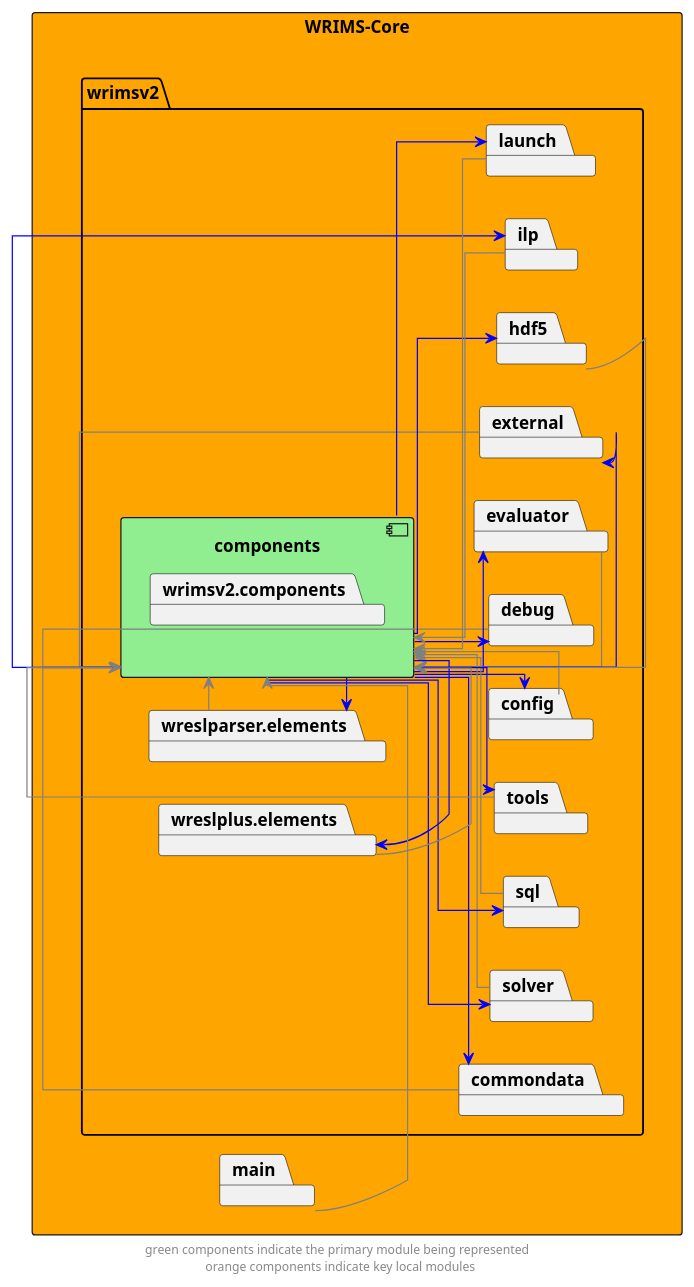
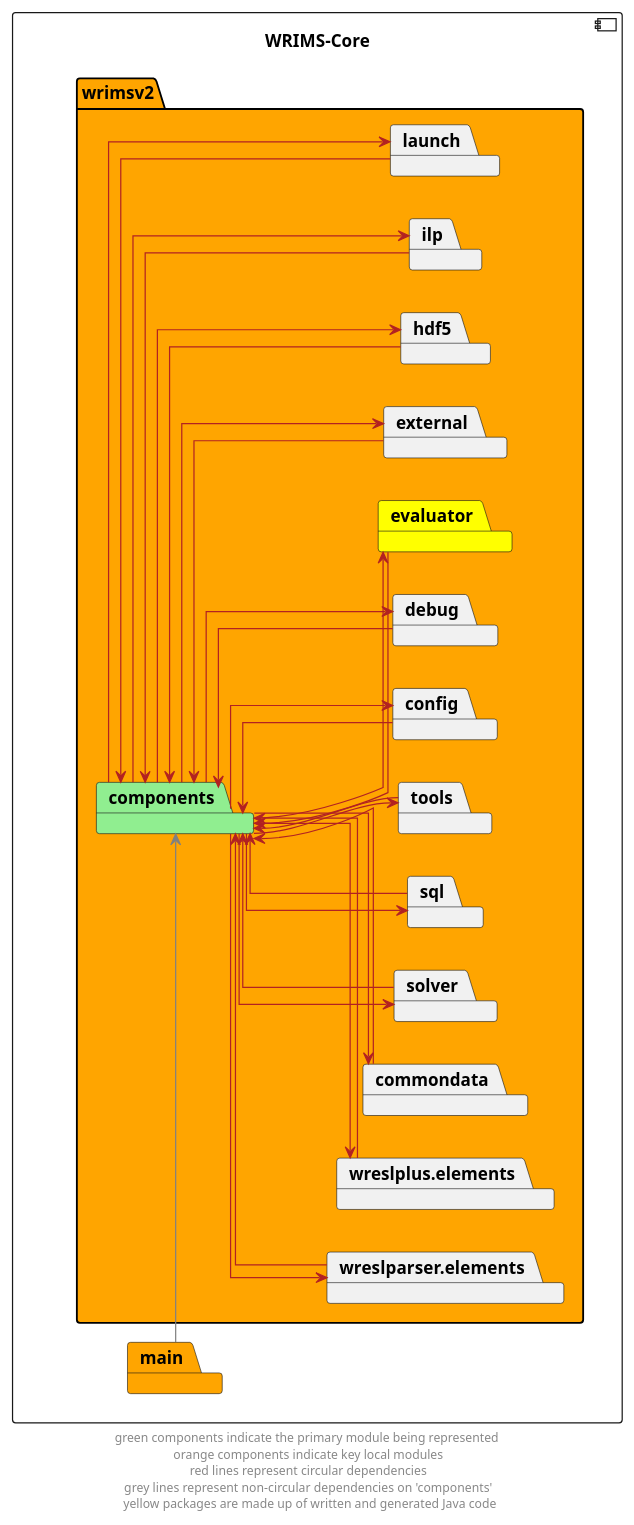
Before and after one commit to CentralValleyModeling/wrims: the diagram in docs/diagrams/wrims-core/wrims-core_components.puml, drawn with PlantUML. The commit also changed 63 other files, not shown here.

First line of the commit message:
Updated diagrams for improved consistency and legibility (#226)

```diff
--- a/docs/diagrams/wrims-core/wrims-core_components.puml
+++ b/docs/diagrams/wrims-core/wrims-core_components.puml
@@ -1,77 +1,75 @@
 @startuml
 left to right direction
 skinparam linetype ortho
-rectangle wrims_core as "WRIMS-Core" #orange {
-    package wrimsv2 {
-        component components #lightgreen {
-            package wrimsv2.components
-        }
+component wrims_core as "WRIMS-Core" {
+    package wrimsv2  #orange{
+        package components #lightgreen
         package commondata
         package wreslparser.elements
         package wreslplus.elements
         package solver
         package sql
         package tools
         package config
         package debug
-        package evaluator
+        package evaluator #yellow
         package external
         package hdf5
         package ilp
         package launch
     }
-package main
+package main #orange
 }
 
-components --> commondata #blue
-commondata --> components #grey
+components --> commondata #firebrick
+commondata --> components #firebrick
 
-components --> config #blue
-config --> components #grey
+components --> config #firebrick
+config --> components #firebrick
 
-components --> debug #blue
-debug --> components #grey
+components --> debug #firebrick
+debug --> components #firebrick
 
-components --> evaluator #blue
-evaluator --> components #grey
+components --> evaluator #firebrick
+evaluator --> components #firebrick
 
-components --> external #blue
-external --> components #grey
+components --> external #firebrick
+external --> components #firebrick
 
-components --> hdf5 #blue
-hdf5 --> components #grey
+components --> hdf5 #firebrick
+hdf5 --> components #firebrick
 
-components --> ilp #blue
-ilp --> components #grey
+components --> ilp #firebrick
+ilp --> components #firebrick
 
-components --> launch #blue
-launch --> components #grey
+components --> launch #firebrick
+launch --> components #firebrick
 
-components --> solver #blue
-solver --> components #grey
+components --> solver #firebrick
+solver --> components #firebrick
 
-components --> sql #blue
-sql --> components #grey
+components --> sql #firebrick
+sql --> components #firebrick
 
-components --> tools #blue
-tools --> components #grey
+components --> tools #firebrick
+tools --> components #firebrick
 
-components --> wreslparser.elements #blue
-wreslparser.elements --> components #grey
+components --> wreslparser.elements #firebrick
+wreslparser.elements --> components #firebrick
 
-components --> wreslplus.elements #blue
-wreslplus.elements --> components #grey
+components --> wreslplus.elements #firebrick
+wreslplus.elements --> components #firebrick
 
 
 main -right-> components #grey
 
 
 ' The following relationships are hidden and used to format the diagram. They do not represent actual dependencies.
 main -up[hidden]-> wrims_core
 'commondata -up[hidden]-> wreslparser.elements
 'wreslparser.elements -up[hidden]-> wreslplus.elements
 'commondata -left[hidden]-> components
 wreslparser.elements -left[hidden]-> components
 wreslplus.elements -left[hidden]-> components
-footer "green components indicate the primary module being represented \n orange components indicate key local modules"
+footer "green components indicate the primary module being represented \n orange components indicate key local modules \n red lines represent circular dependencies \n grey lines represent non-circular dependencies on 'components' \n yellow packages are made up of written and generated Java code"
 @enduml
```
